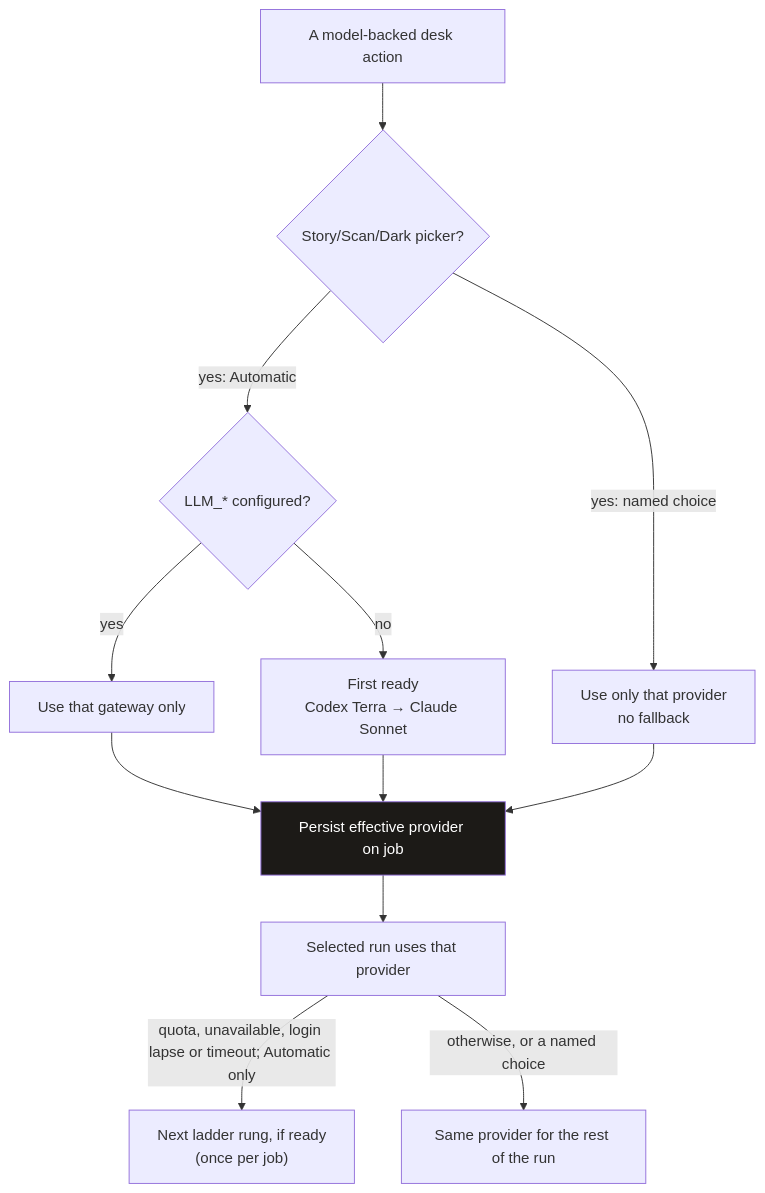
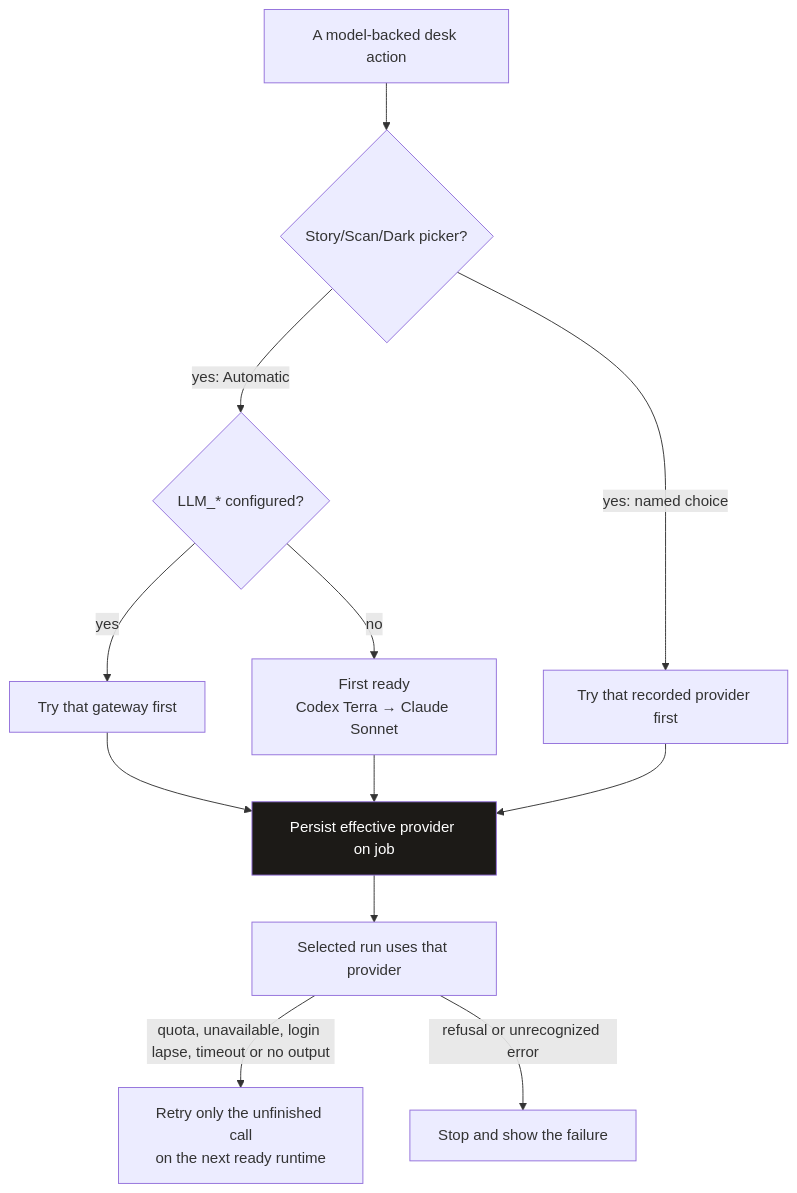
The eighth of 8 diagrams in docs/manual.md (scottconverse/TownReporter), drawn with Mermaid before and after one commit. The commit also changed other lines of this file and 125 other files, not shown here.

````diff
--- a/docs/manual.md
+++ b/docs/manual.md
@@ -1037,16 +1044,16 @@
 ```mermaid
 flowchart TB
     CALL["A model-backed desk action"] --> KIND{"Story/Scan/Dark picker?"}
     KIND -->|yes: Automatic| Q1{"LLM_* configured?"}
-    Q1 -->|yes| OAI["Use that gateway only"]
+    Q1 -->|yes| OAI["Try that gateway first"]
     Q1 -->|no| READY["First ready<br/>Codex Terra → Claude Sonnet"]
-    KIND -->|yes: named choice| ONE["Use only that provider<br/>no fallback"]
+    KIND -->|yes: named choice| ONE["Try that recorded provider first"]
     OAI --> SAVE["Persist effective provider on job"]
     READY --> SAVE
     ONE --> SAVE
     SAVE --> RUN["Selected run uses that provider"]
-    RUN -->|quota, unavailable, login lapse or timeout; Automatic only| NEXT["Next ladder rung, if ready<br/>(once per job)"]
-    RUN -->|otherwise, or a named choice| SAME["Same provider for the rest of the run"]
+    RUN -->|quota, unavailable, login lapse, timeout or no output| NEXT["Retry only the unfinished call<br/>on the next ready runtime"]
+    RUN -->|refusal or unrecognized error| SAME["Stop and show the failure"]
 
     style SAVE fill:#1c1a17,color:#fff
 ```
````
